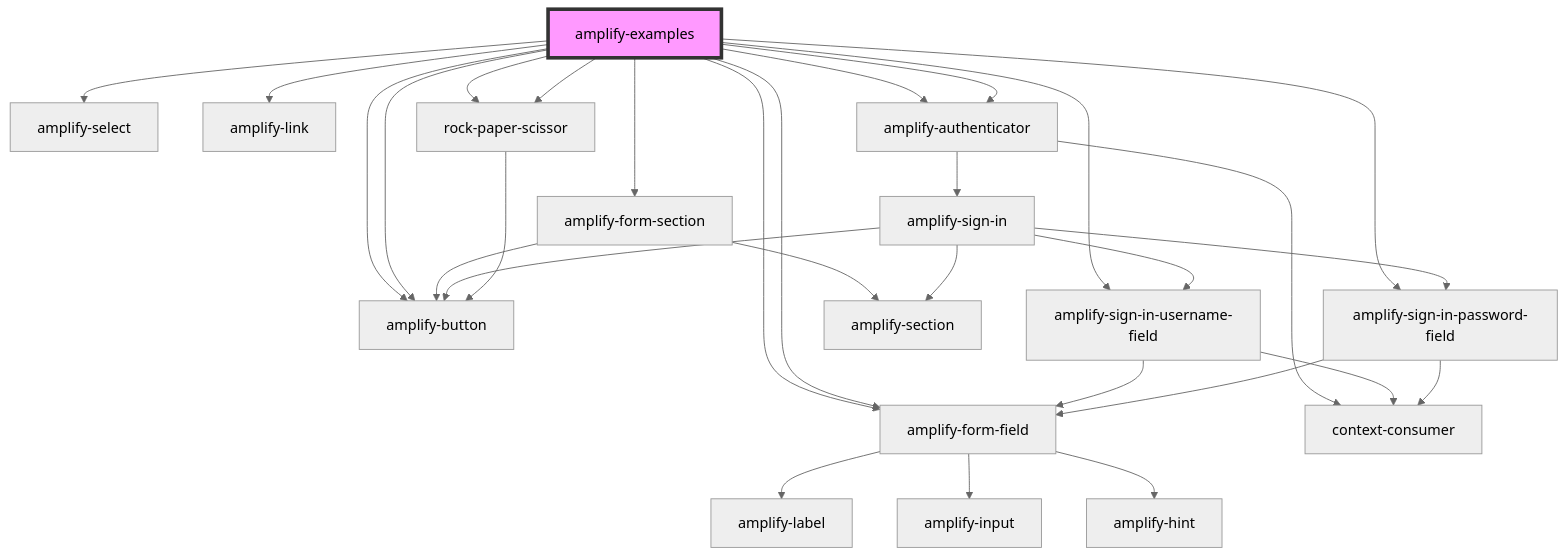
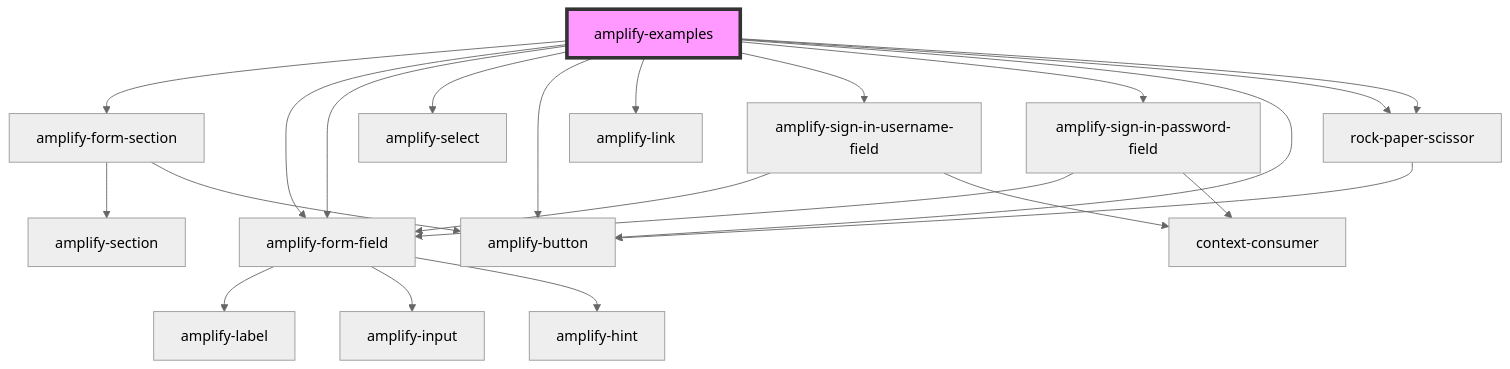
Before and after one commit to aws-amplify/amplify-js: the diagram in packages/amplify-ui-components/src/components/amplify-examples/readme.md, drawn with Mermaid (neutral theme). The commit also changed other lines of this file and 12 other files, not shown here.

````diff
--- a/packages/amplify-ui-components/src/components/amplify-examples/readme.md
+++ b/packages/amplify-ui-components/src/components/amplify-examples/readme.md
@@ -27,33 +25,25 @@
 ```mermaid
 graph TD;
   amplify-examples --> amplify-form-section
   amplify-examples --> amplify-form-field
   amplify-examples --> amplify-form-field
   amplify-examples --> amplify-select
   amplify-examples --> amplify-button
   amplify-examples --> amplify-link
-  amplify-examples --> amplify-authenticator
   amplify-examples --> amplify-sign-in-username-field
   amplify-examples --> amplify-sign-in-password-field
   amplify-examples --> amplify-button
-  amplify-examples --> amplify-authenticator
   amplify-examples --> rock-paper-scissor
   amplify-examples --> rock-paper-scissor
   amplify-form-section --> amplify-section
   amplify-form-section --> amplify-button
   amplify-form-field --> amplify-label
   amplify-form-field --> amplify-input
   amplify-form-field --> amplify-hint
-  amplify-authenticator --> amplify-sign-in
-  amplify-authenticator --> context-consumer
-  amplify-sign-in --> amplify-section
-  amplify-sign-in --> amplify-sign-in-username-field
-  amplify-sign-in --> amplify-sign-in-password-field
-  amplify-sign-in --> amplify-button
   amplify-sign-in-username-field --> amplify-form-field
   amplify-sign-in-username-field --> context-consumer
   amplify-sign-in-password-field --> amplify-form-field
   amplify-sign-in-password-field --> context-consumer
   rock-paper-scissor --> amplify-button
   style amplify-examples fill:#f9f,stroke:#333,stroke-width:4px
 ```
````
